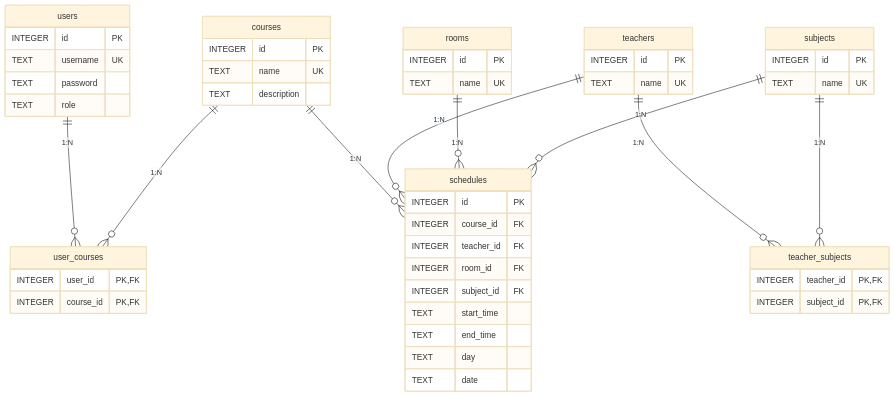
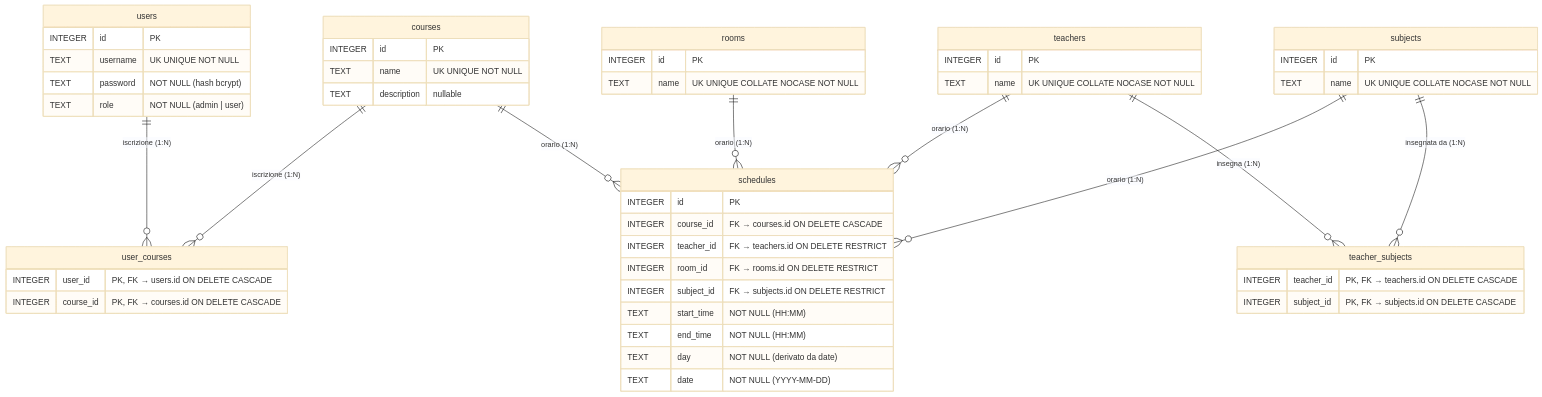
The diagram in backend/Schema/Schema.mmd (NicoMaker/Portale_H_ITS), drawn with Mermaid (base theme) before and after one commit. The commit also changed 1 other file, not shown here.

Commit message:
refactor: update database schema for improved clarity and consistency

```diff
--- a/backend/Schema/Schema.mmd
+++ b/backend/Schema/Schema.mmd
@@ -1,59 +1,61 @@
 erDiagram
-    users ||--o{ user_courses : "1:N"
-    courses ||--o{ user_courses : "1:N"
-    courses ||--o{ schedules : "1:N"
-    teachers ||--o{ teacher_subjects : "1:N"
-    subjects ||--o{ teacher_subjects : "1:N"
-    teachers ||--o{ schedules : "1:N"
-    rooms ||--o{ schedules : "1:N"
-    subjects ||--o{ schedules : "1:N"
+    users ||--o{ user_courses : "iscrizione (1:N)"
+    courses ||--o{ user_courses : "iscrizione (1:N)"
+
+    courses ||--o{ schedules : "orario (1:N)"
+    teachers ||--o{ schedules : "orario (1:N)"
+    rooms ||--o{ schedules : "orario (1:N)"
+    subjects ||--o{ schedules : "orario (1:N)"
+
+    teachers ||--o{ teacher_subjects : "insegna (1:N)"
+    subjects ||--o{ teacher_subjects : "insegnata da (1:N)"
 
     users {
-        INTEGER id PK
-        TEXT username UK
-        TEXT password
-        TEXT role
+        INTEGER id "PK"
+        TEXT username "UK UNIQUE NOT NULL"
+        TEXT password "NOT NULL (hash bcrypt)"
+        TEXT role "NOT NULL (admin | user)"
     }
 
     courses {
-        INTEGER id PK
-        TEXT name UK
-        TEXT description
+        INTEGER id "PK"
+        TEXT name "UK UNIQUE NOT NULL"
+        TEXT description "nullable"
     }
 
     user_courses {
-        INTEGER user_id PK, FK
-        INTEGER course_id PK, FK
+        INTEGER user_id "PK, FK → users.id ON DELETE CASCADE"
+        INTEGER course_id "PK, FK → courses.id ON DELETE CASCADE"
     }
 
     teachers {
-        INTEGER id PK
-        TEXT name UK
+        INTEGER id "PK"
+        TEXT name "UK UNIQUE COLLATE NOCASE NOT NULL"
     }
 
     rooms {
-        INTEGER id PK
-        TEXT name UK
+        INTEGER id "PK"
+        TEXT name "UK UNIQUE COLLATE NOCASE NOT NULL"
     }
 
     subjects {
-        INTEGER id PK
-        TEXT name UK
+        INTEGER id "PK"
+        TEXT name "UK UNIQUE COLLATE NOCASE NOT NULL"
     }
 
     teacher_subjects {
-        INTEGER teacher_id PK, FK
-        INTEGER subject_id PK, FK
+        INTEGER teacher_id "PK, FK → teachers.id ON DELETE CASCADE"
+        INTEGER subject_id "PK, FK → subjects.id ON DELETE CASCADE"
     }
 
     schedules {
-        INTEGER id PK
-        INTEGER course_id FK
-        INTEGER teacher_id FK
-        INTEGER room_id FK
-        INTEGER subject_id FK
-        TEXT start_time
-        TEXT end_time
-        TEXT day
-        TEXT date
+        INTEGER id "PK"
+        INTEGER course_id "FK → courses.id ON DELETE CASCADE"
+        INTEGER teacher_id "FK → teachers.id ON DELETE RESTRICT"
+        INTEGER room_id "FK → rooms.id ON DELETE RESTRICT"
+        INTEGER subject_id "FK → subjects.id ON DELETE RESTRICT"
+        TEXT start_time "NOT NULL (HH:MM)"
+        TEXT end_time "NOT NULL (HH:MM)"
+        TEXT day "NOT NULL (derivato da date)"
+        TEXT date "NOT NULL (YYYY-MM-DD)"
     }
```
